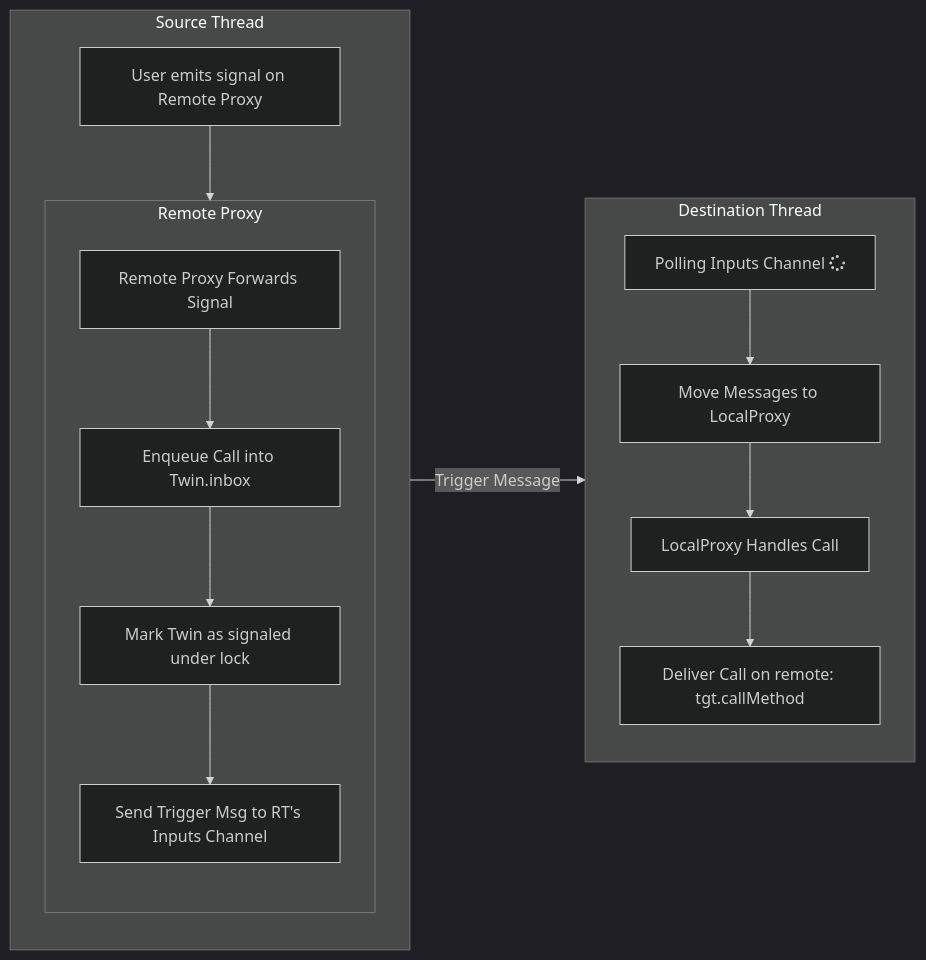
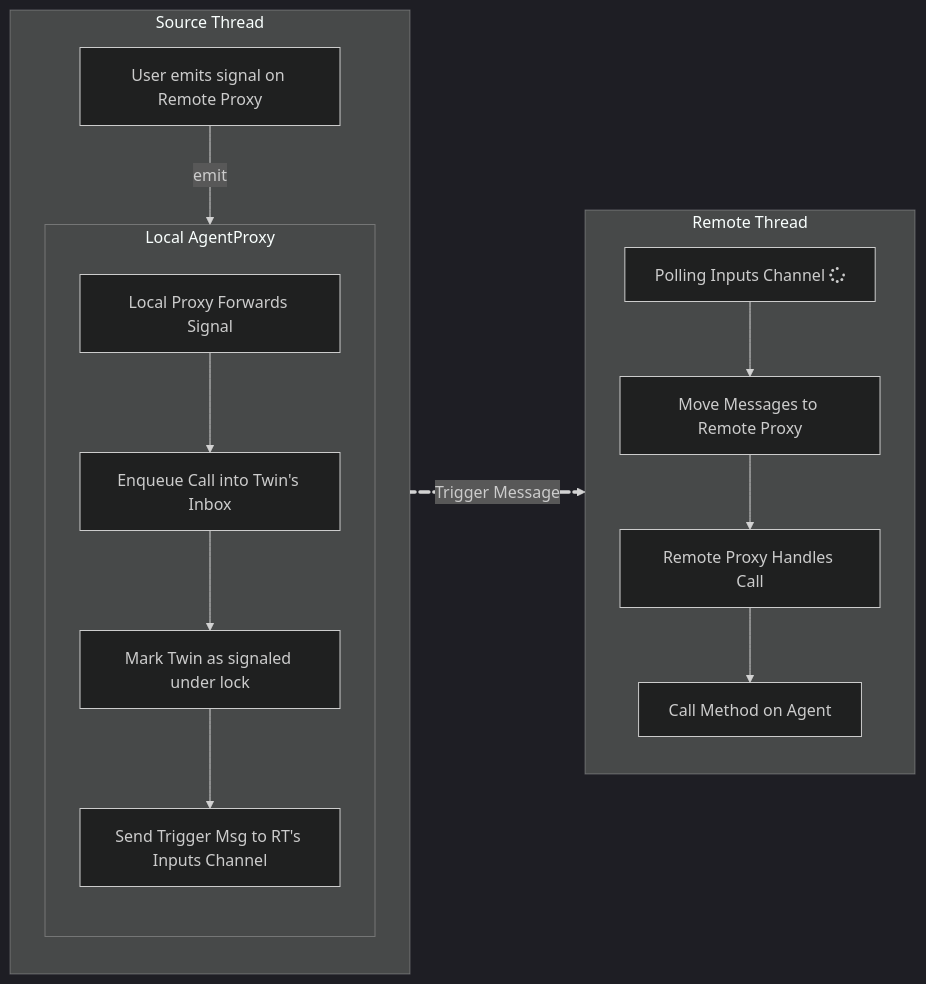
The first of 2 diagrams in docs/threading.md (elcritch/sigils), drawn with Mermaid (dark theme) before and after one commit. The commit also changed other lines of this file, not shown here.

Commit message:
add threading docs

````diff
--- a/docs/threading.md
+++ b/docs/threading.md
@@ -175,26 +175,30 @@
 ```mermaid
 flowchart LR
   subgraph ST[Source Thread]
     direction TB
     Caller[User emits signal on Remote Proxy];
-    subgraph RP[Remote Proxy]
+
+    Caller --emit --> LP;
+
+    subgraph LP[Local AgentProxy]
       direction TB
-      FWD[Remote Proxy Forwards Signal];
-      Enqueue[Enqueue Call into Twin.inbox];
+      FWD[Local Proxy Forwards Signal];
+      Enqueue[Enqueue Call into Twin's Inbox];
       Mark[Mark Twin as signaled under lock];
+      Trigger[Send Trigger Msg to RT's Inputs Channel];
+
       FWD --> Enqueue --> Mark --> Trigger;
     end
-    Trigger[Send Trigger Msg to RT's Inputs Channel];
-    Caller --> RP;
   end
 
-  subgraph DT[Destination Thread]
+  subgraph RT[Remote Thread]
     RX[Polling Inputs Channel fa:fa-spinner];
-    Triggered[Move Messages to LocalProxy];
-    Twin[LocalProxy Handles Call];
-    Deliver[Deliver Call on remote: tgt.callMethod];
+    Triggered[Move Messages to Remote Proxy];
+    Twin[Remote Proxy Handles Call];
+    Deliver[Call Method on Agent];
     RX --> Triggered --> Twin --> Deliver;
   end
 
-  ST --Trigger Message--> DT;
+  ST e1@==>|Trigger Message| RT;
+  e1@{ animate: true }
 ```
````
